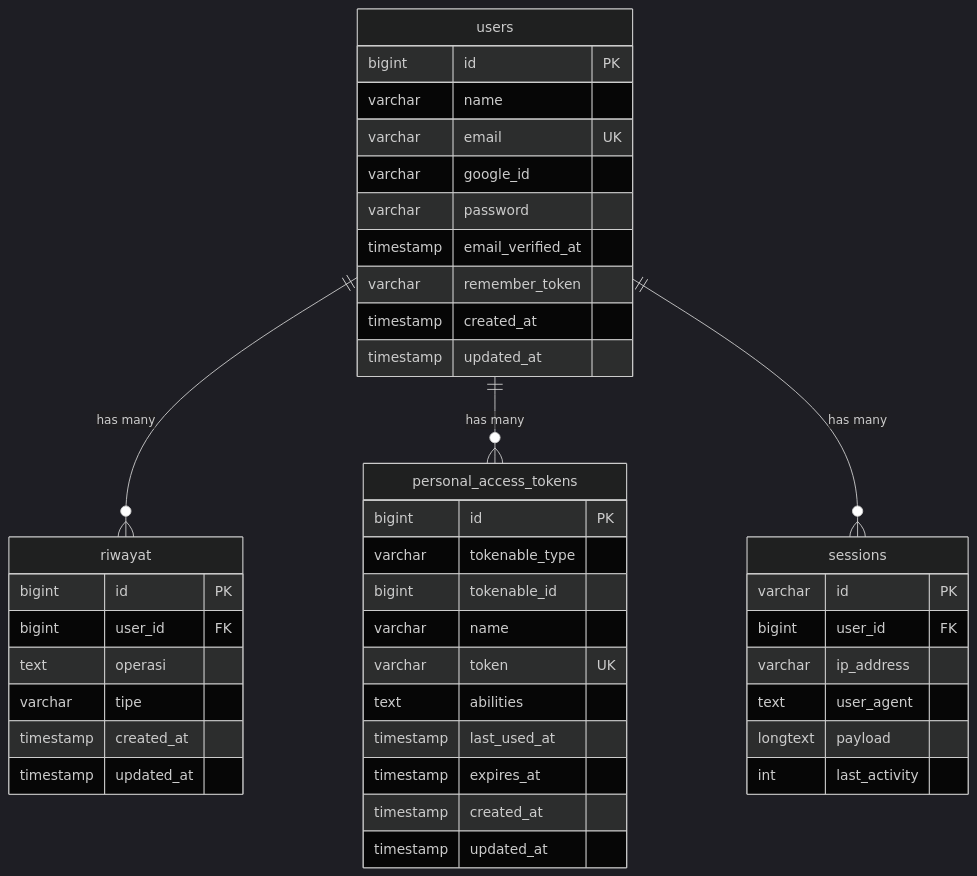
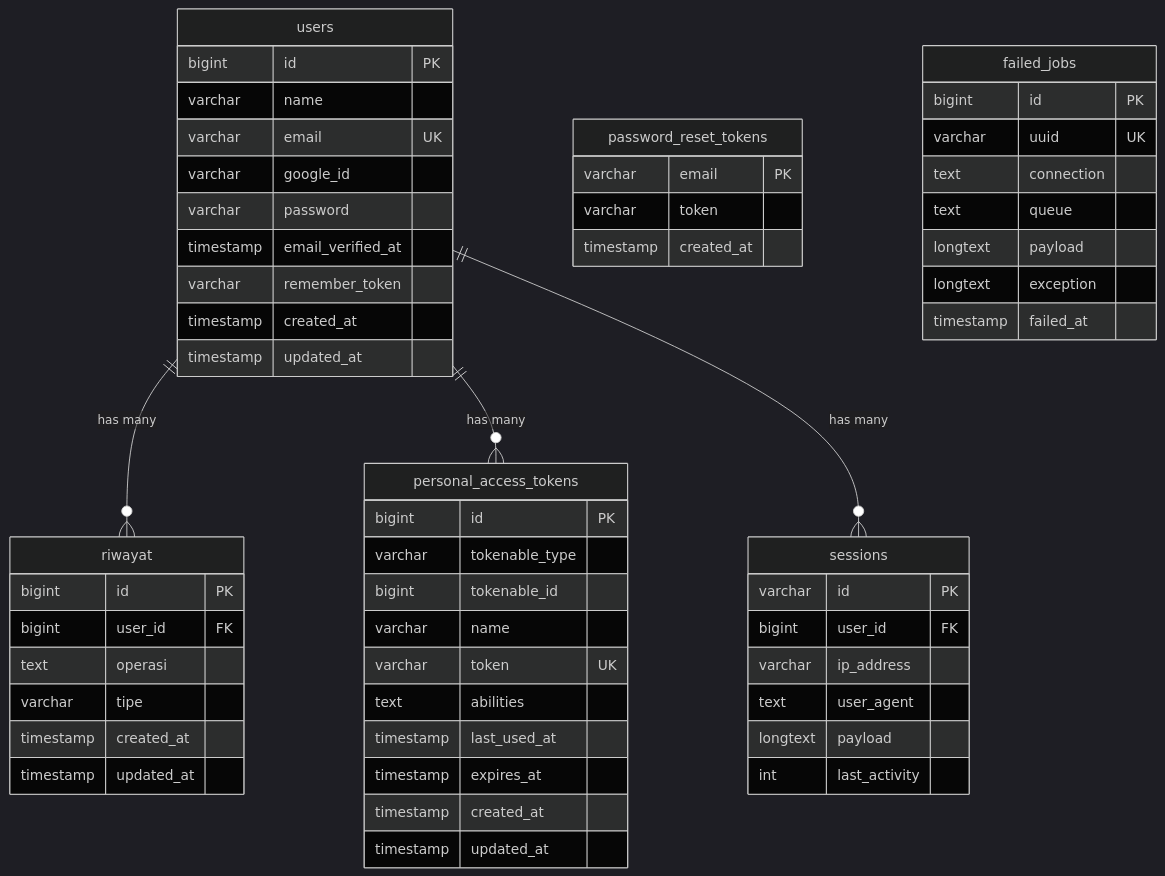
Before and after one commit to falcon-ioi/Caclcon: the eighth of 8 diagrams in e-concalc-web/README.md, drawn with Mermaid (dark theme). The commit also changed other lines of this file, not shown here.

Commit message:
docs: sync ERD with actual phpMyAdmin database - add failed_jobs and password_reset_tokens tables

````diff
--- a/e-concalc-web/README.md
+++ b/e-concalc-web/README.md
@@ -299,49 +299,65 @@
 ```mermaid
 erDiagram
     users {
         bigint id PK
         varchar name
         varchar email UK
         varchar google_id
         varchar password
         timestamp email_verified_at
         varchar remember_token
         timestamp created_at
         timestamp updated_at
     }
 
     riwayat {
         bigint id PK
         bigint user_id FK
         text operasi
         varchar tipe
         timestamp created_at
         timestamp updated_at
     }
 
     personal_access_tokens {
         bigint id PK
         varchar tokenable_type
         bigint tokenable_id
         varchar name
         varchar token UK
         text abilities
         timestamp last_used_at
         timestamp expires_at
         timestamp created_at
         timestamp updated_at
     }
 
     sessions {
         varchar id PK
         bigint user_id FK
         varchar ip_address
         text user_agent
         longtext payload
         int last_activity
     }
 
+    password_reset_tokens {
+        varchar email PK
+        varchar token
+        timestamp created_at
+    }
+
+    failed_jobs {
+        bigint id PK
+        varchar uuid UK
+        text connection
+        text queue
+        longtext payload
+        longtext exception
+        timestamp failed_at
+    }
+
     users ||--o{ riwayat : "has many"
     users ||--o{ personal_access_tokens : "has many"
     users ||--o{ sessions : "has many"
 ```
````
